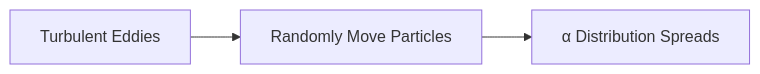
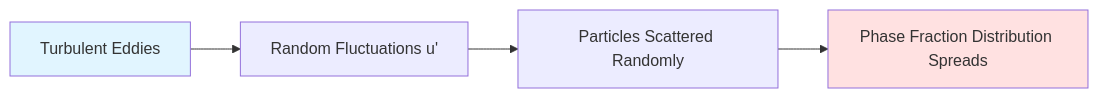
Before and after one commit to wramet/build-my-cfd: the diagram in MODULE_04_MULTIPHASE_FUNDAMENTALS/CONTENT/04_INTERPHASE_FORCES/04_TURBULENT_DISPERSION/00_Overview.md, drawn with Mermaid. The commit also changed other lines of this file and 75 other files, not shown here.

````diff
--- a/MODULE_04_MULTIPHASE_FUNDAMENTALS/CONTENT/04_INTERPHASE_FORCES/04_TURBULENT_DISPERSION/00_Overview.md
+++ b/MODULE_04_MULTIPHASE_FUNDAMENTALS/CONTENT/04_INTERPHASE_FORCES/04_TURBULENT_DISPERSION/00_Overview.md
@@ -11,5 +25,9 @@
 ```mermaid
 flowchart LR
-    A[Turbulent Eddies] --> B[Randomly Move Particles]
-    B --> C[α Distribution Spreads]
+    A[Turbulent Eddies] --> B[Random Fluctuations u']
+    B --> C[Particles Scattered Randomly]
+    C --> D[Phase Fraction Distribution Spreads]
+    
+    style A fill:#e1f5ff
+    style D fill:#ffe1e1
 ```
````
